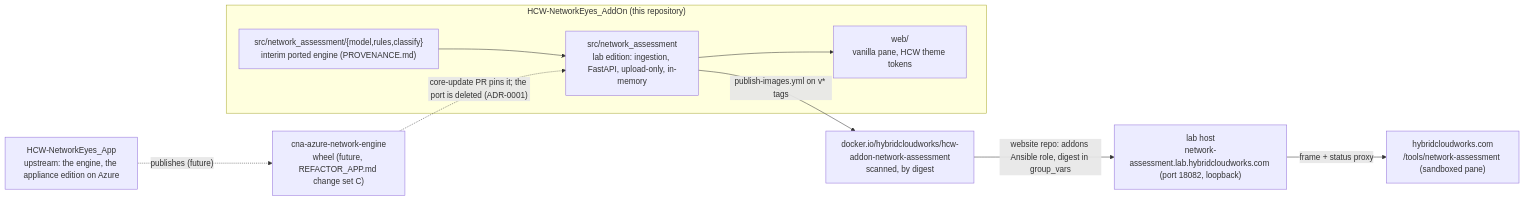
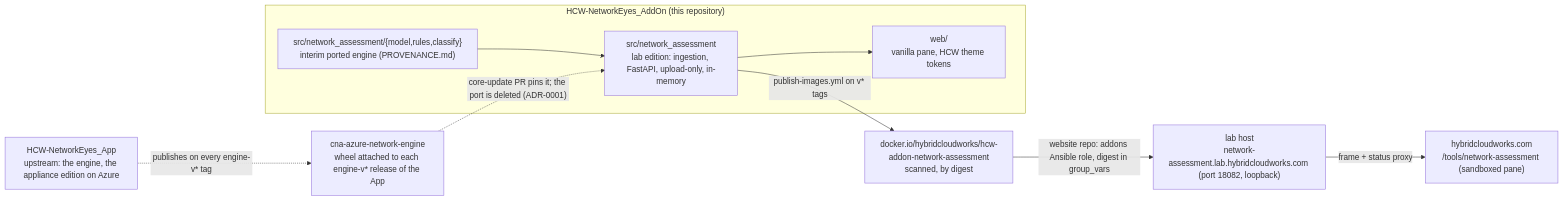
The diagram in README.md (saulpatinojr/HCW-NetworkEyes_AddOn), drawn with Mermaid before and after one commit. The commit also changed other lines of this file and 2 other files, not shown here.

First line of the commit message:
docs+ci: README for a new visitor; core-update checkout without persisted credentials

````diff
--- a/README.md
+++ b/README.md
@@ -29,19 +33,19 @@
 ```mermaid
 flowchart LR
   Core["HCW-NetworkEyes_App<br/>upstream: the engine, the appliance edition on Azure"]
-  Wheel["cna-azure-network-engine<br/>wheel (future, REFACTOR_APP.md change set C)"]
+  Wheel["cna-azure-network-engine<br/>wheel attached to each engine-v* release of the App"]
   subgraph AddOn["HCW-NetworkEyes_AddOn (this repository)"]
     Port["src/network_assessment/{model,rules,classify}<br/>interim ported engine (PROVENANCE.md)"]
     Lab["src/network_assessment<br/>lab edition: ingestion, FastAPI, upload-only, in-memory"]
     Pane["web/<br/>vanilla pane, HCW theme tokens"]
     Port --> Lab --> Pane
   end
   Image["docker.io/hybridcloudworks/hcw-addon-network-assessment<br/>scanned, by digest"]
   Host["lab host<br/>network-assessment.lab.hybridcloudworks.com (port 18082, loopback)"]
   Site["hybridcloudworks.com<br/>/tools/network-assessment (sandboxed pane)"]
-  Core -. "publishes (future)" .-> Wheel
+  Core -. "publishes on every engine-v* tag" .-> Wheel
   Wheel -. "core-update PR pins it; the port is deleted (ADR-0001)" .-> Lab
   Lab -- "publish-images.yml on v* tags" --> Image
   Image -- "website repo: addons Ansible role, digest in group_vars" --> Host
   Host -- "frame + status proxy" --> Site
 ```
````
